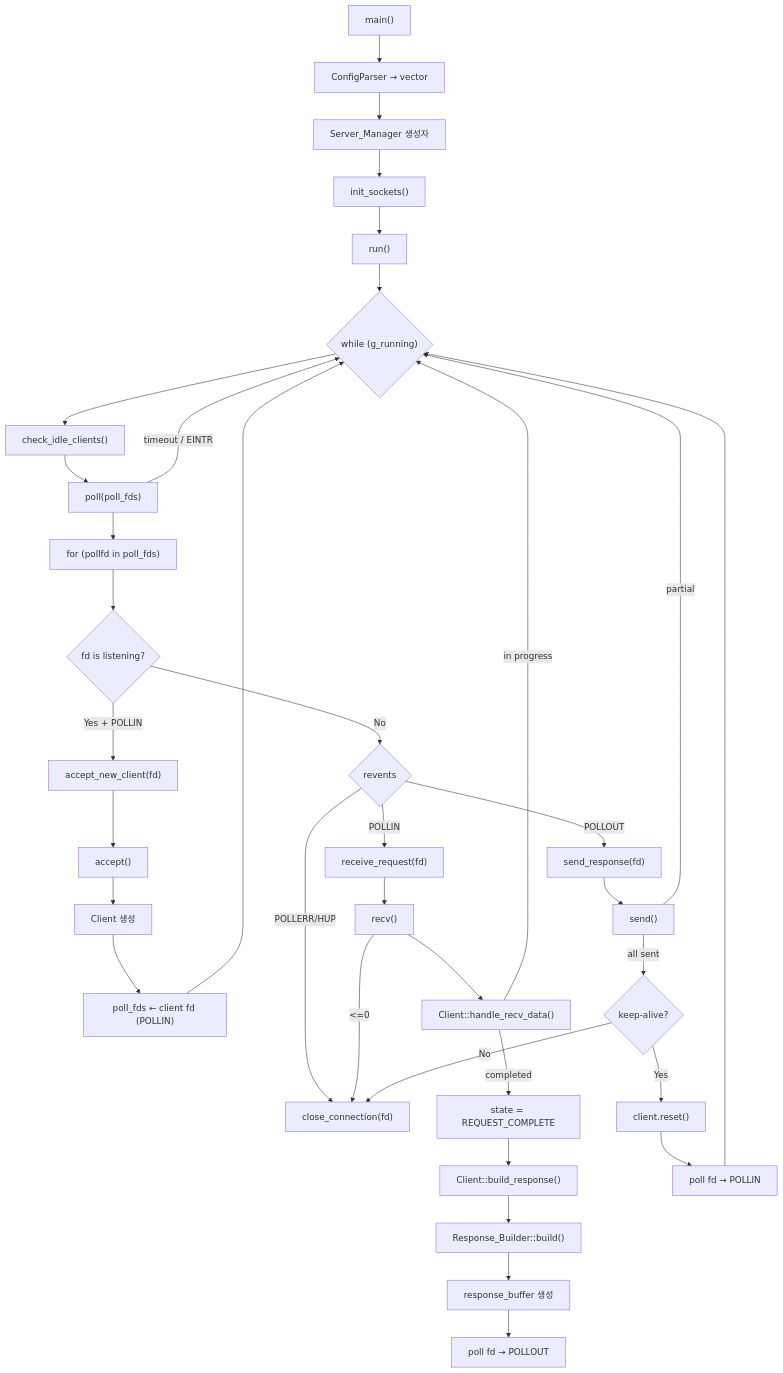
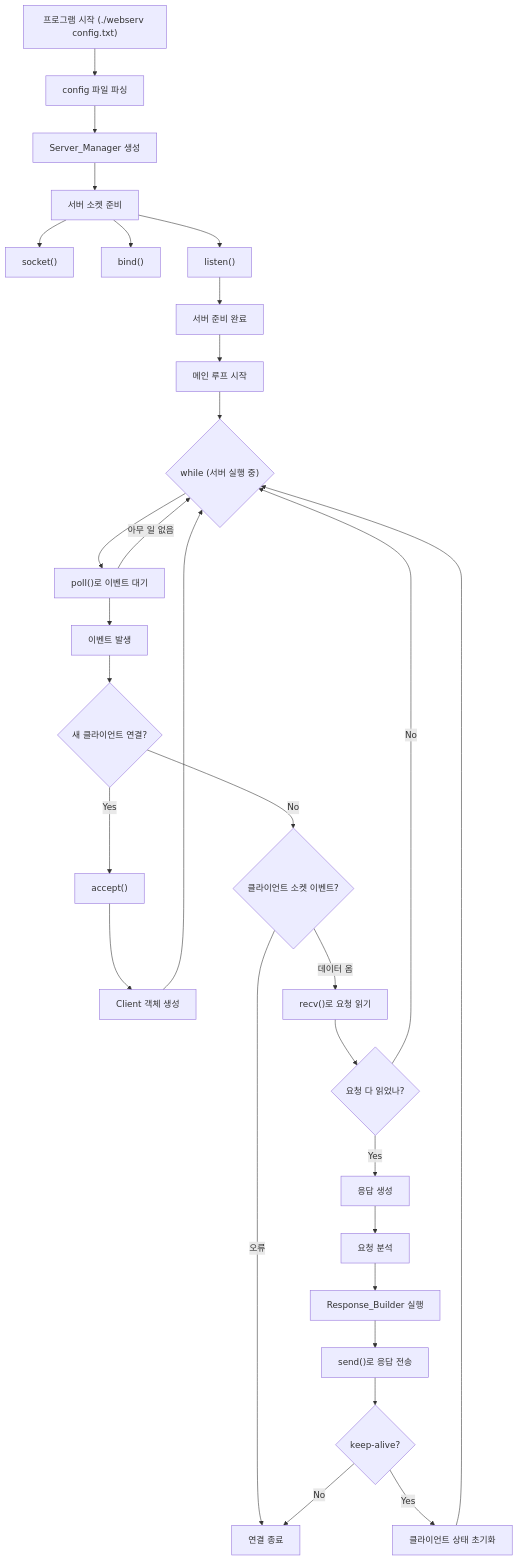
Before and after one commit to daeunki2/webserv: the diagram in README.md, drawn with Mermaid.

````diff
--- a/README.md
+++ b/README.md
@@ -1,78 +1,74 @@
 ```mermaid
 
 flowchart TD
 
-%% =====================
-%% STARTUP
-%% =====================
-A["main()"]
-  --> B["ConfigParser → vector<Server>"]
-  --> C["Server_Manager 생성자"]
-  --> C1["init_sockets()"]
-  --> D["run()"]
+%% ===============================
+%% PROGRAM START
+%% ===============================
+A["프로그램 시작 (./webserv config.txt)"]
+  --> B["config 파일 파싱"]
+  --> C["Server_Manager 생성"]
 
-%% =====================
-%% MAIN LOOP (REAL HOT PATH)
-%% =====================
-D --> E{"while (g_running)"}
+%% ===============================
+%% SERVER PREPARE
+%% ===============================
+C --> D["서버 소켓 준비"]
+D --> D1["socket()"]
+D --> D2["bind()"]
+D --> D3["listen()"]
+D3 --> E["서버 준비 완료"]
 
-E --> F["check_idle_clients()"]
-F --> G["poll(poll_fds)"]
+%% ===============================
+%% MAIN LOOP
+%% ===============================
+E --> F["메인 루프 시작"]
+F --> G{"while (서버 실행 중)"}
 
-G -->|timeout / EINTR| E
+%% ===============================
+%% WAIT
+%% ===============================
+G --> H["poll()로 이벤트 대기"]
 
-G --> H["for (pollfd in poll_fds)"]
+H -->|아무 일 없음| G
 
-%% =====================
-%% ACCEPT
-%% =====================
-H --> I{fd is listening?}
+%% ===============================
+%% NEW CONNECTION
+%% ===============================
+H --> I["이벤트 발생"]
+I --> J{새 클라이언트 연결?}
 
-I -->|Yes + POLLIN| J["accept_new_client(fd)"]
-J --> J1["accept()"]
-J1 --> J2["Client 생성"]
-J2 --> J3["poll_fds ← client fd (POLLIN)"]
-J3 --> E
+J -->|Yes| K["accept()"]
+K --> K1["Client 객체 생성"]
+K1 --> G
 
-%% =====================
-%% CLIENT DATA
-%% =====================
-I -->|No| K{revents}
+%% ===============================
+%% CLIENT REQUEST
+%% ===============================
+J -->|No| L{"클라이언트 소켓 이벤트?"}
 
-K -->|POLLERR/HUP| Z["close_connection(fd)"]
+L -->|오류| M["연결 종료"]
 
-K -->|POLLIN| L["receive_request(fd)"]
-L --> L1["recv()"]
-L1 -->|<=0| Z
+L -->|데이터 옴| N["recv()로 요청 읽기"]
 
-L1 --> L2["Client::handle_recv_data()"]
-L2 -->|in progress| E
-L2 -->|completed| M["state = REQUEST_COMPLETE"]
+N --> O{"요청 다 읽었나?"}
+O -->|No| G
 
-%% =====================
-%% RESPONSE BUILD
-%% =====================
-M --> N["Client::build_response()"]
-N --> N1["Response_Builder::build()"]
-N1 --> N2["response_buffer 생성"]
-N2 --> N3["poll fd → POLLOUT"]
+%% ===============================
+%% RESPONSE
+%% ===============================
+O -->|Yes| P["응답 생성"]
+P --> P1["요청 분석"]
+P1 --> P2["Response_Builder 실행"]
+P2 --> Q["send()로 응답 전송"]
 
-%% =====================
-%% SEND
-%% =====================
-K -->|POLLOUT| O["send_response(fd)"]
-O --> O1["send()"]
-O1 -->|partial| E
+%% ===============================
+%% CONNECTION DECISION
+%% ===============================
+Q --> R{"keep-alive?"}
+R -->|Yes| S["클라이언트 상태 초기화"]
+S --> G
 
-O1 -->|all sent| P{keep-alive?}
-
-P -->|Yes| Q["client.reset()"]
-Q --> Q1["poll fd → POLLIN"]
-Q1 --> E
-
-P -->|No| Z
-
-
+R -->|No| M
 
 
 ```
````
